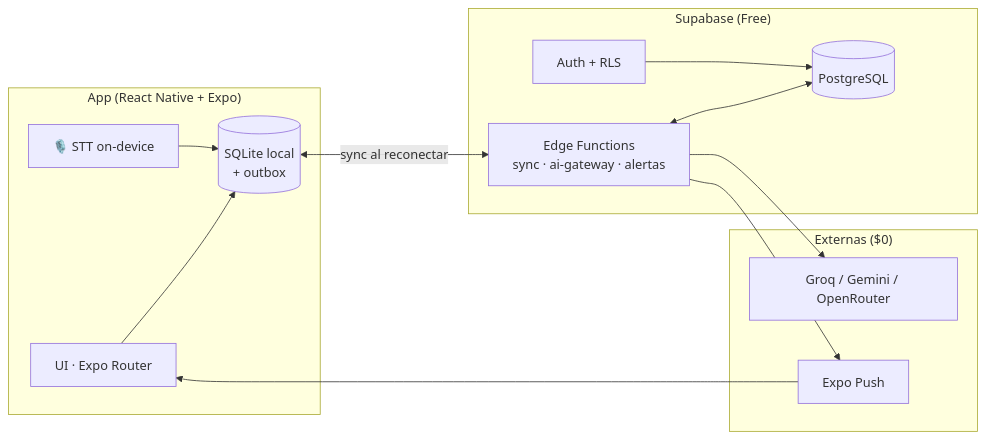
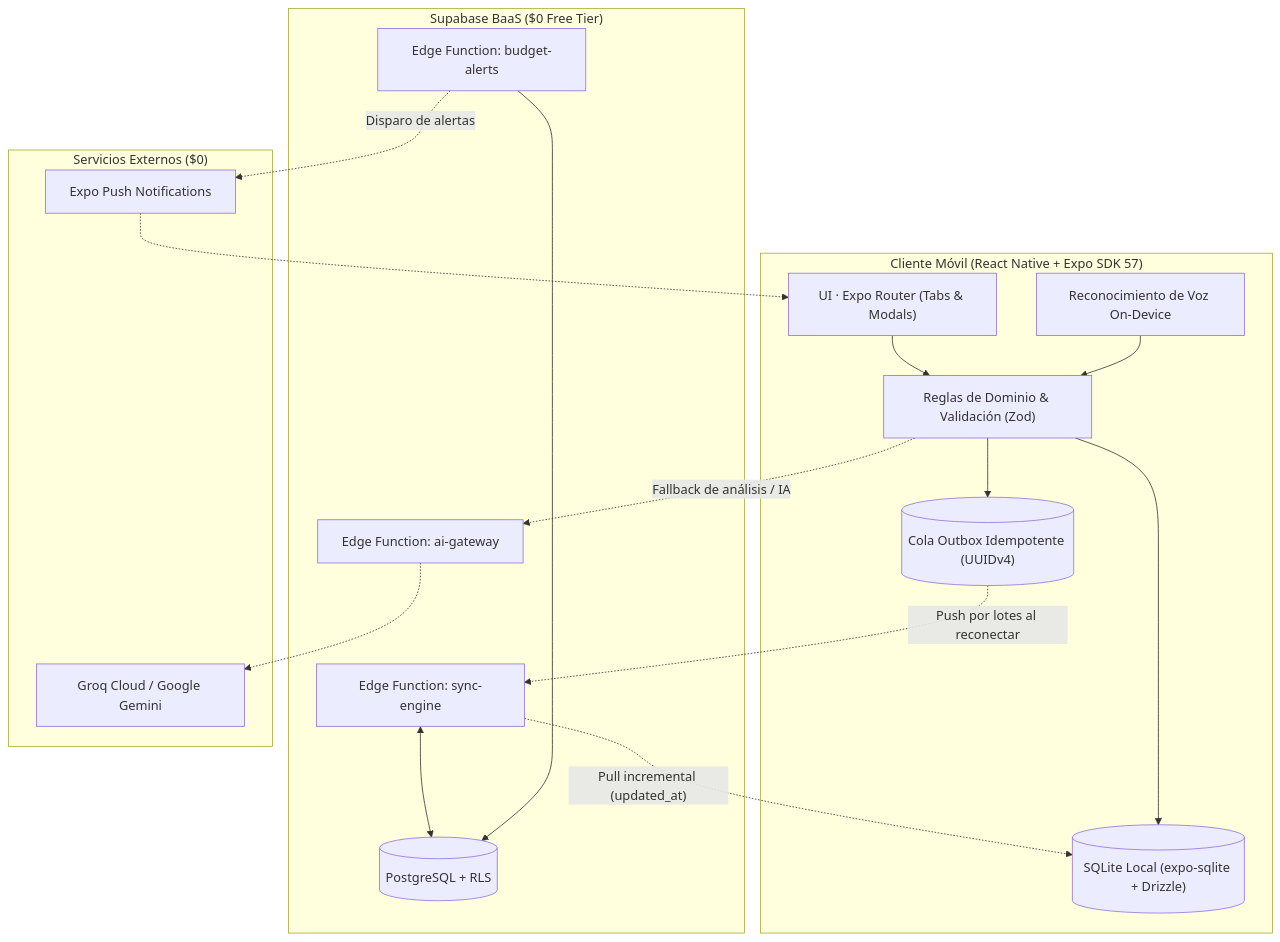
Before and after one commit to mbarrios28/AhorRaso: the diagram in README.md, drawn with Mermaid. The commit also changed other lines of this file and 47 other files, not shown here.

Commit message:
feat(mobile): implement RF-002 offline expense registration with sqlite, drizzle and stitch design

````diff
--- a/README.md
+++ b/README.md
@@ -126,27 +114,37 @@
 ```mermaid
-flowchart LR
-    subgraph M["App (React Native + Expo)"]
-        UI["UI · Expo Router"]
-        DB[("SQLite local<br/>+ outbox")]
-        VOZ["🎙️ STT on-device"]
-        UI --> DB
-        VOZ --> DB
+flowchart TD
+    subgraph Client["Cliente Móvil (React Native + Expo SDK 57)"]
+        UI["UI · Expo Router (Tabs & Modals)"]
+        Domain["Reglas de Dominio & Validación (Zod)"]
+        SQLite[("SQLite Local (expo-sqlite + Drizzle)")]
+        Outbox[("Cola Outbox Idempotente (UUIDv4)")]
+        STT["Reconocimiento de Voz On-Device"]
+
+        UI --> Domain
+        Domain --> SQLite
+        Domain --> Outbox
+        STT --> Domain
     end
 
-    subgraph S["Supabase (Free)"]
-        AUTH["Auth + RLS"]
-        PG[("PostgreSQL")]
-        FN["Edge Functions<br/>sync · ai-gateway · alertas"]
+    subgraph Backend["Supabase BaaS ($0 Free Tier)"]
+        EdgeSync["Edge Function: sync-engine"]
+        EdgeAI["Edge Function: ai-gateway"]
+        EdgeAlerts["Edge Function: budget-alerts"]
+        Postgres[("PostgreSQL + RLS")]
+
+        EdgeSync <--> Postgres
+        EdgeAlerts --> Postgres
     end
 
-    subgraph E["Externas ($0)"]
-        IA["Groq / Gemini / OpenRouter"]
-        PUSH["Expo Push"]
+    subgraph External["Servicios Externos ($0)"]
+        LLM["Groq Cloud / Google Gemini"]
+        Push["Expo Push Notifications"]
     end
 
-    DB <-->|sync al reconectar| FN
-    FN <--> PG
-    AUTH --> PG
-    FN --> IA
-    FN --> PUSH --> UI
+    Outbox -.->|"Push por lotes al reconectar"| EdgeSync
+    EdgeSync -.->|"Pull incremental (updated_at)"| SQLite
+    Domain -.->|"Fallback de análisis / IA"| EdgeAI
+    EdgeAI -.-> LLM
+    EdgeAlerts -.->|"Disparo de alertas"| Push
+    Push -.-> UI
 ```
````
